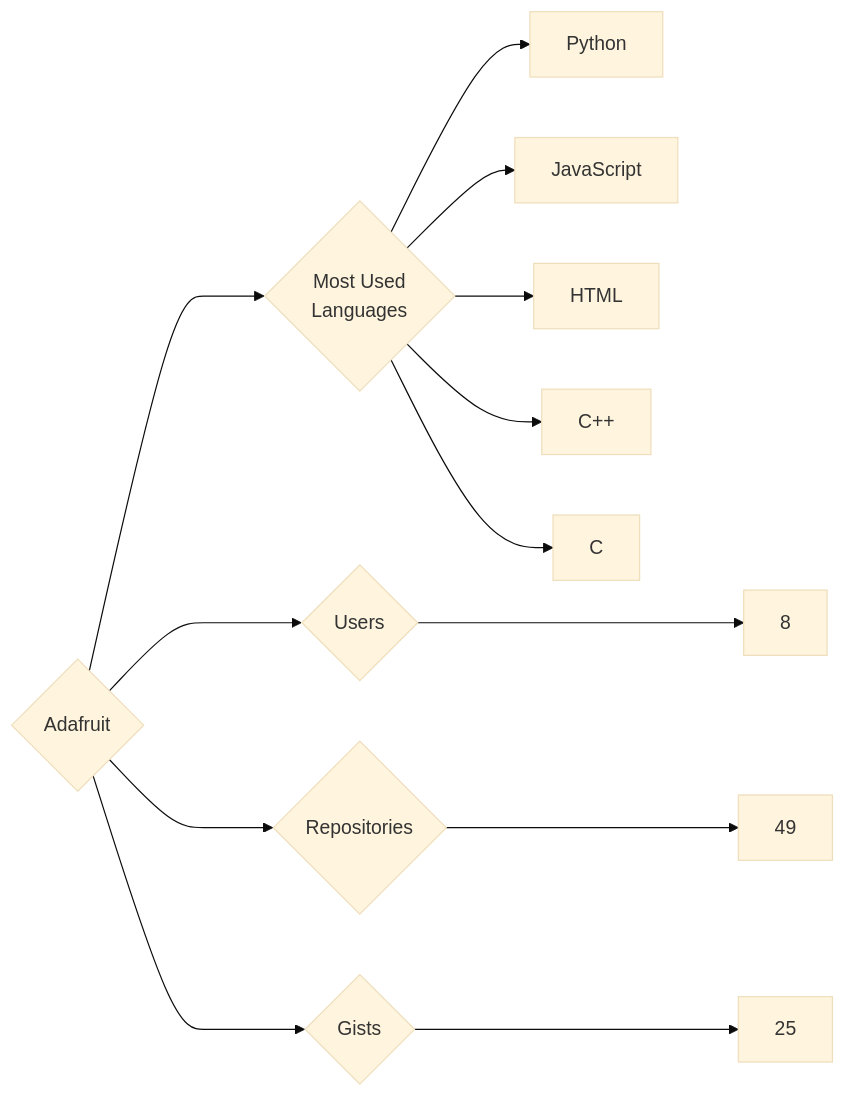
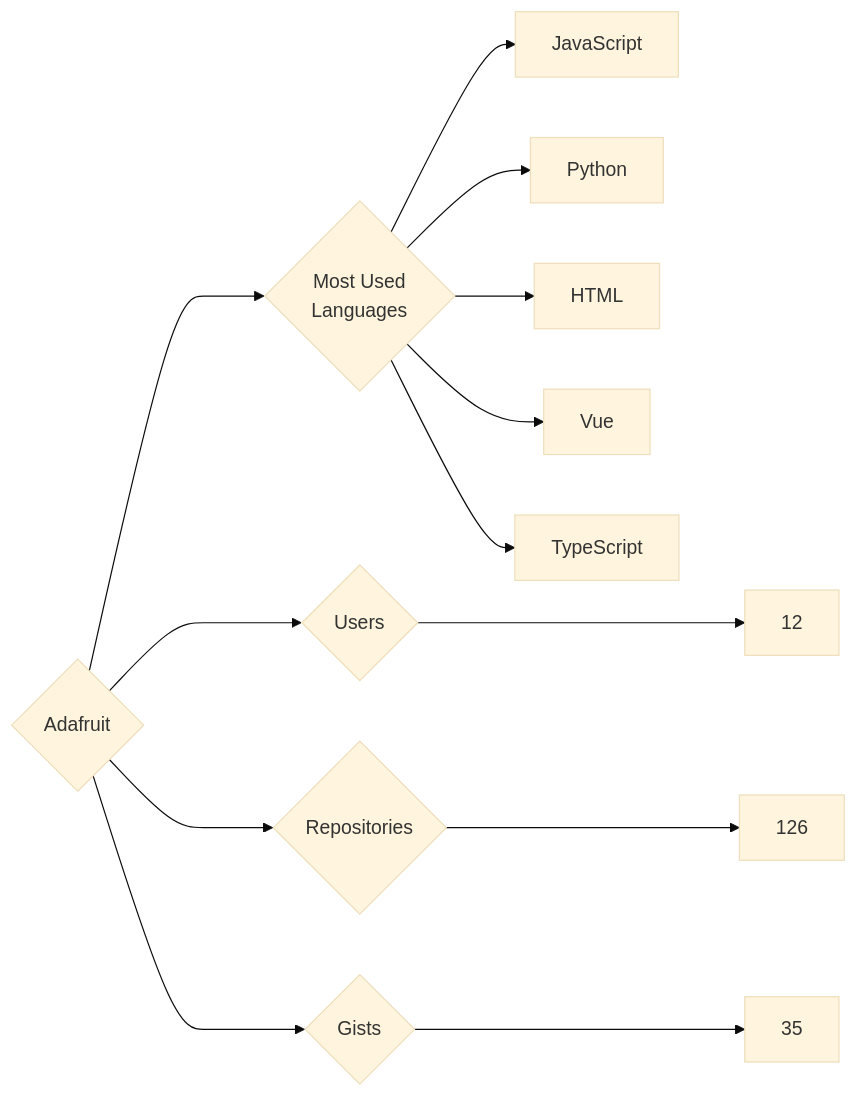
One commit to trickest/insiders changed the diagram in targets/Adafruit/README.md. Above: the diagram before and after it, drawn with Mermaid (base theme). The commit also changed 1175 other files, not shown here.

````diff
--- a/targets/Adafruit/README.md
+++ b/targets/Adafruit/README.md
@@ -3,13 +3,13 @@
 ```mermaid
 graph LR
 COMPANY_NAME{Adafruit}
-COMPANY_NAME ---> U{Users} ---> UN[8]
-COMPANY_NAME ---> R{Repositories} ---> RN[49]
-COMPANY_NAME ---> G{Gists} ---> GN[25]
+COMPANY_NAME ---> U{Users} ---> UN[12]
+COMPANY_NAME ---> R{Repositories} ---> RN[126]
+COMPANY_NAME ---> G{Gists} ---> GN[35]
 COMPANY_NAME ---> ML{Most Used<br>Languages}
+ML --> JavaScript[JavaScript]
 ML --> Python[Python]
-ML --> JavaScript[JavaScript]
 ML --> HTML[HTML]
-ML --> C++[C++]
-ML --> C[C]
+ML --> Vue[Vue]
+ML --> TypeScript[TypeScript]
 ```
````
